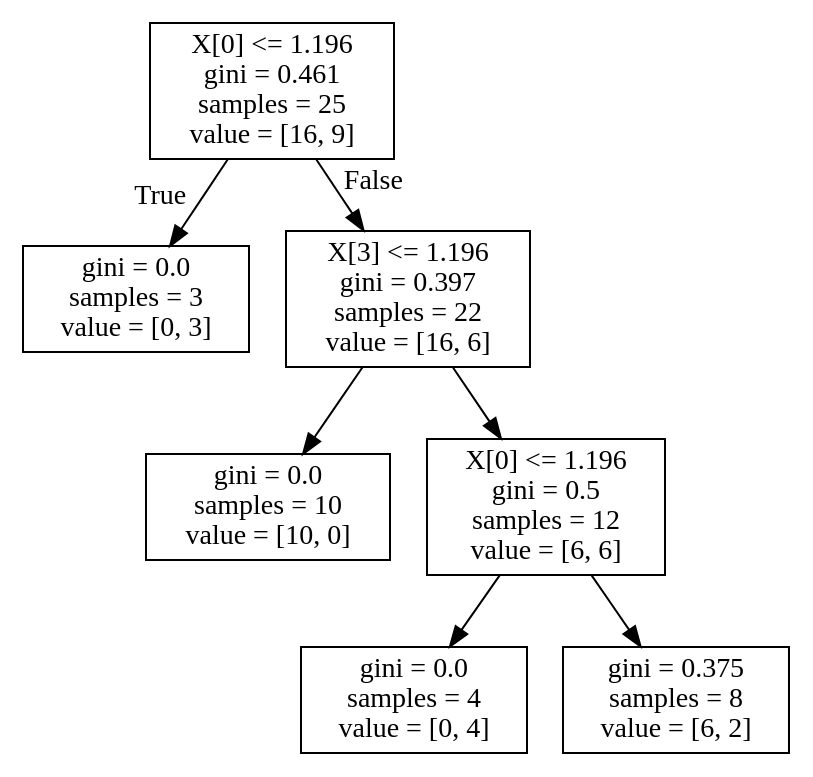
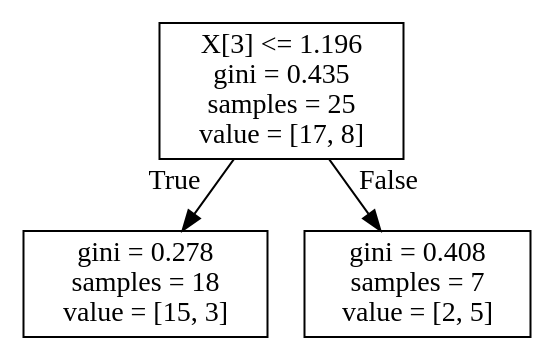
Before and after one commit to HazemIbrahim98/Web-Project: the diagram in PythonBackend/result.dot, drawn with Graphviz. The commit also changed 7 other files, not shown here.

```diff
--- a/PythonBackend/result.dot
+++ b/PythonBackend/result.dot
@@ -1,16 +1,8 @@
 digraph Tree {
 node [shape=box] ;
-0 [label="X[0] <= 1.196\ngini = 0.461\nsamples = 25\nvalue = [16, 9]"] ;
-1 [label="gini = 0.0\nsamples = 3\nvalue = [0, 3]"] ;
+0 [label="X[3] <= 1.196\ngini = 0.435\nsamples = 25\nvalue = [17, 8]"] ;
+1 [label="gini = 0.278\nsamples = 18\nvalue = [15, 3]"] ;
 0 -> 1 [labeldistance=2.5, labelangle=45, headlabel="True"] ;
-2 [label="X[3] <= 1.196\ngini = 0.397\nsamples = 22\nvalue = [16, 6]"] ;
+2 [label="gini = 0.408\nsamples = 7\nvalue = [2, 5]"] ;
 0 -> 2 [labeldistance=2.5, labelangle=-45, headlabel="False"] ;
-3 [label="gini = 0.0\nsamples = 10\nvalue = [10, 0]"] ;
-2 -> 3 ;
-4 [label="X[0] <= 1.196\ngini = 0.5\nsamples = 12\nvalue = [6, 6]"] ;
-2 -> 4 ;
-5 [label="gini = 0.0\nsamples = 4\nvalue = [0, 4]"] ;
-4 -> 5 ;
-6 [label="gini = 0.375\nsamples = 8\nvalue = [6, 2]"] ;
-4 -> 6 ;
 }
```
